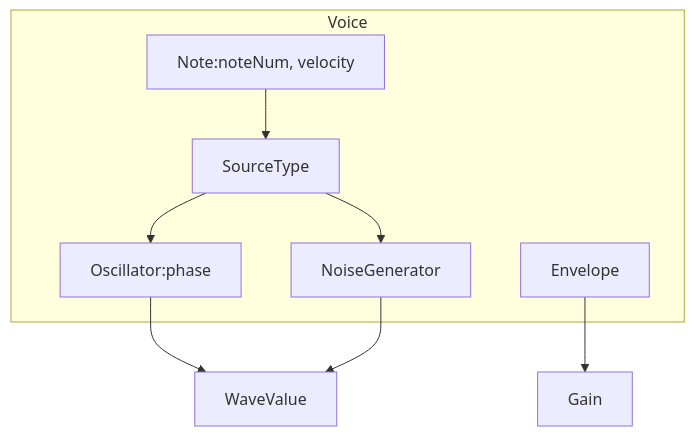
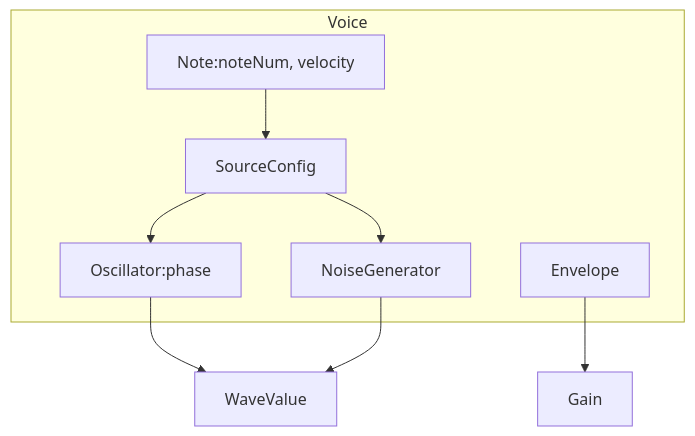
One commit to SunagimoOisii/F-Synthesizer changed the third of 4 diagrams in F-Synthesizer/Architecture.md. Above: the diagram before and after it, drawn with Mermaid. The commit also changed other lines of this file and 5 other files, not shown here.

````diff
--- a/F-Synthesizer/Architecture.md
+++ b/F-Synthesizer/Architecture.md
@@ -61,17 +61,17 @@
 ```mermaid
 flowchart TB
     subgraph Voice
         Note[Note:noteNum, velocity]
-        Src[SourceType]
+        Src[SourceConfig]
         Osc[Oscillator:phase]
         Noise[NoiseGenerator]
         Env[Envelope]
     end
 
     Note --> Src
     Src --> Osc
     Src --> Noise
     Osc --> Out[WaveValue]
     Noise --> Out
     Env --> Gain
 ```
````
